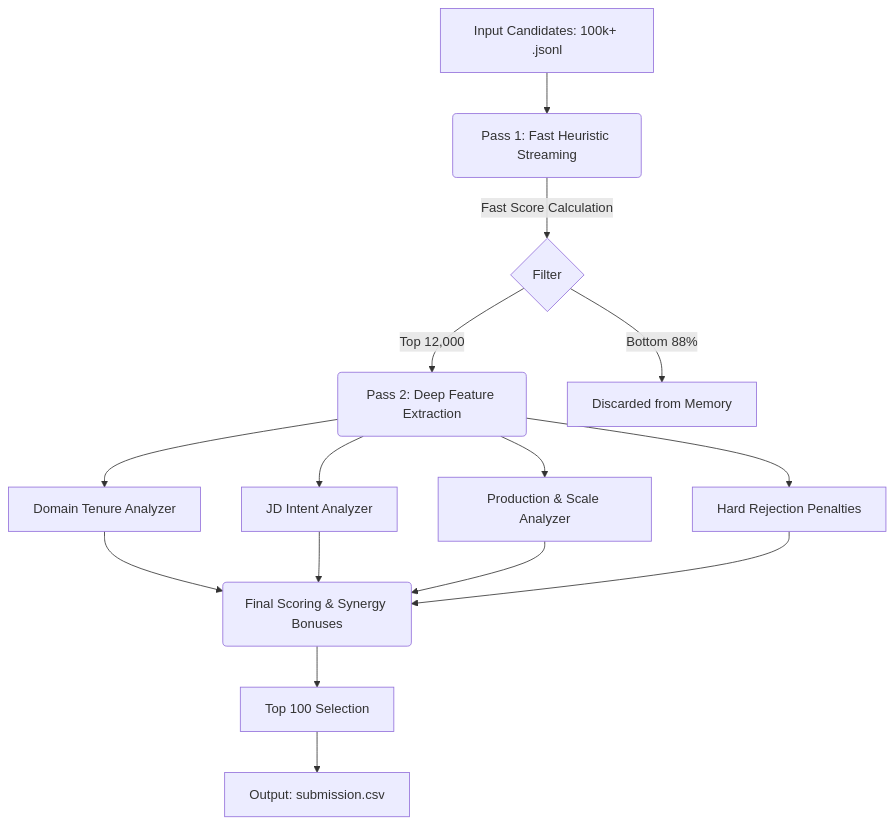
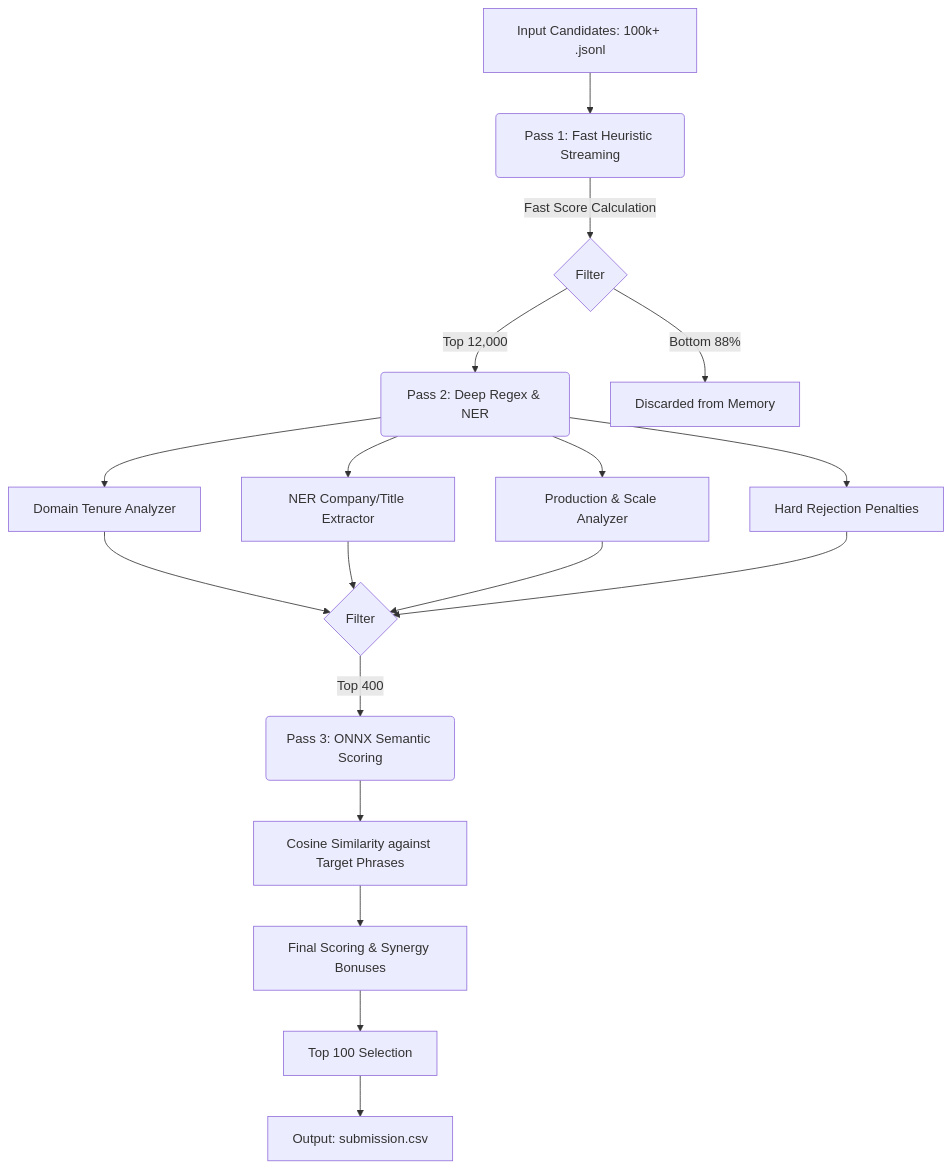
One commit to girinath01/india-runs changed the diagram in README.md. Above: the diagram before and after it, drawn with Mermaid. The commit also changed other lines of this file and 2 other files, not shown here.

````diff
--- a/README.md
+++ b/README.md
@@ -21,16 +21,19 @@
 ```mermaid
 graph TD
     A[Input Candidates: 100k+ .jsonl] --> B(Pass 1: Fast Heuristic Streaming)
     B -->|Fast Score Calculation| C{Filter}
-    C -->|Top 12,000| D(Pass 2: Deep Feature Extraction)
+    C -->|Top 12,000| D(Pass 2: Deep Regex & NER)
     C -->|Bottom 88%| E[Discarded from Memory]
     
     D --> F[Domain Tenure Analyzer]
-    D --> G[JD Intent Analyzer]
+    D --> G[NER Company/Title Extractor]
     D --> H[Production & Scale Analyzer]
     D --> I[Hard Rejection Penalties]
     
-    F & G & H & I --> J(Final Scoring & Synergy Bonuses)
-    J --> K[Top 100 Selection]
-    K --> L[Output: submission.csv]
+    F & G & H & I --> J{Filter}
+    J -->|Top 400| K(Pass 3: ONNX Semantic Scoring)
+    K --> L[Cosine Similarity against Target Phrases]
+    L --> M[Final Scoring & Synergy Bonuses]
+    M --> N[Top 100 Selection]
+    N --> O[Output: submission.csv]
 ```
````
